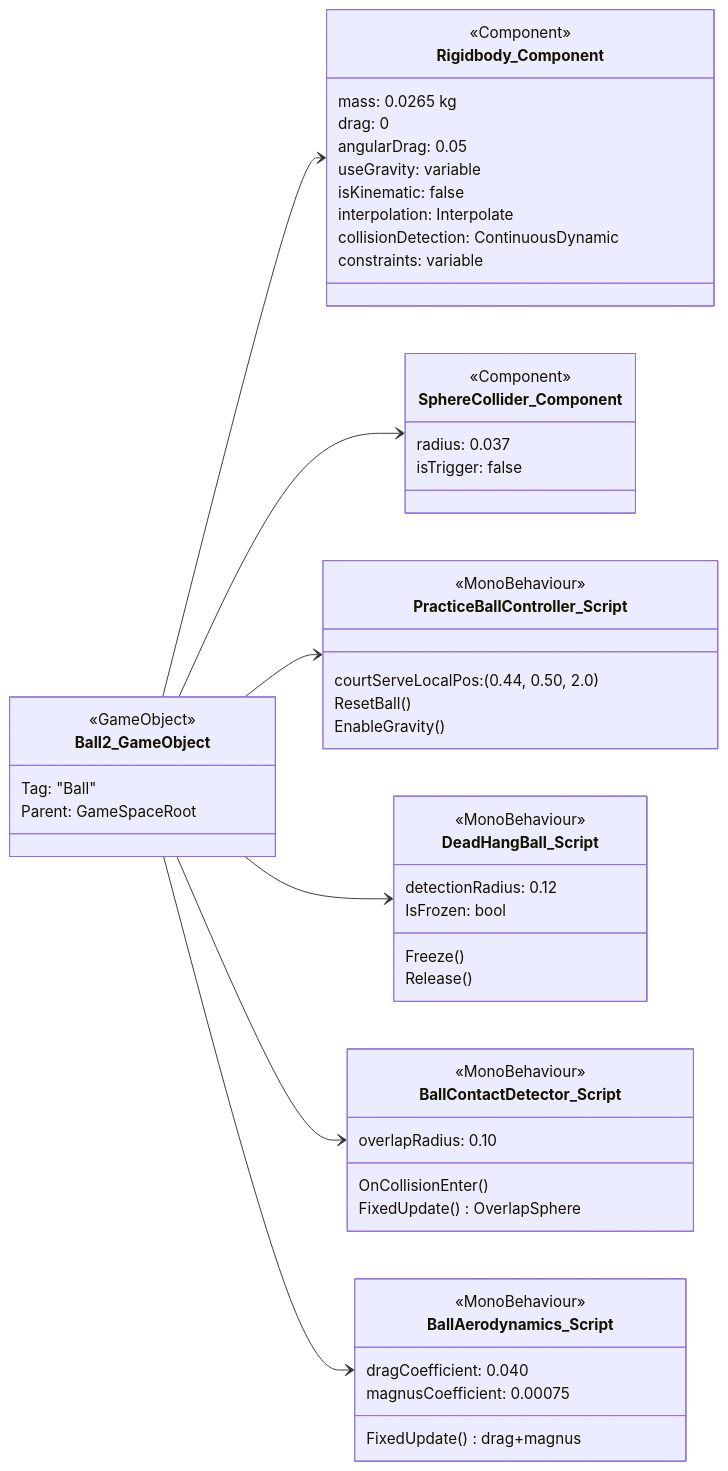
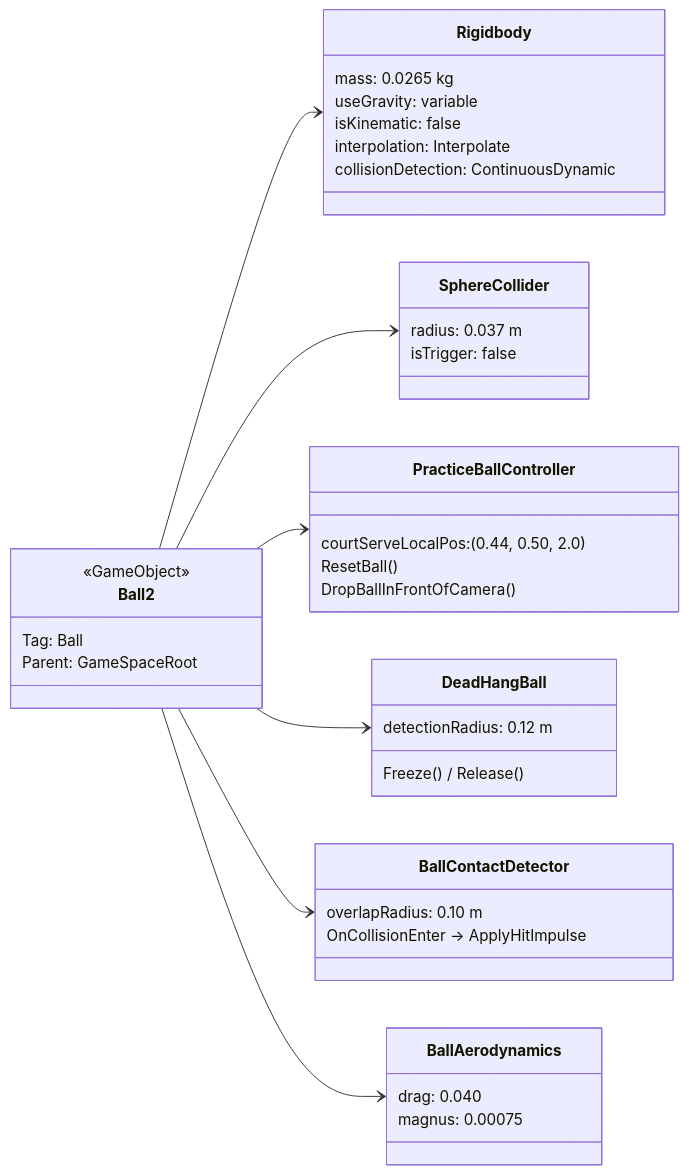
One commit to CG4002-AY2526S2-B03/Capstone_AR_Pickleball_Gameplay changed the seventh of 10 diagrams in Docs/UML_Diagrams.md. Above: the diagram before and after it, drawn with Mermaid. The commit also changed other lines of this file and 29 other files, not shown here.

````diff
--- a/Docs/UML_Diagrams.md
+++ b/Docs/UML_Diagrams.md
@@ -428,64 +389,51 @@
 ```mermaid
 classDiagram
     direction LR
 
-    class Ball2_GameObject {
+    class Ball2 {
         <<GameObject>>
-        Tag: "Ball"
+        Tag: Ball
         Parent: GameSpaceRoot
     }
 
-    class Rigidbody_Component {
-        <<Component>>
+    class Rigidbody {
         mass: 0.0265 kg
-        drag: 0
-        angularDrag: 0.05
         useGravity: variable
         isKinematic: false
         interpolation: Interpolate
         collisionDetection: ContinuousDynamic
-        constraints: variable
     }
 
-    class SphereCollider_Component {
-        <<Component>>
-        radius: 0.037
+    class SphereCollider {
+        radius: 0.037 m
         isTrigger: false
     }
 
-    class PracticeBallController_Script {
-        <<MonoBehaviour>>
+    class PracticeBallController {
         courtServeLocalPos: (0.44, 0.50, 2.0)
         ResetBall()
-        EnableGravity()
+        DropBallInFrontOfCamera()
     }
 
-    class DeadHangBall_Script {
-        <<MonoBehaviour>>
-        detectionRadius: 0.12
-        IsFrozen: bool
-        Freeze()
-        Release()
+    class DeadHangBall {
+        detectionRadius: 0.12 m
+        Freeze() / Release()
     }
 
-    class BallContactDetector_Script {
-        <<MonoBehaviour>>
-        overlapRadius: 0.10
-        OnCollisionEnter()
-        FixedUpdate() OverlapSphere
+    class BallContactDetector {
+        overlapRadius: 0.10 m
+        OnCollisionEnter → ApplyHitImpulse
     }
 
-    class BallAerodynamics_Script {
-        <<MonoBehaviour>>
-        dragCoefficient: 0.040
-        magnusCoefficient: 0.00075
-        FixedUpdate() drag+magnus
+    class BallAerodynamics {
+        drag: 0.040
+        magnus: 0.00075
     }
 
-    Ball2_GameObject --> Rigidbody_Component
-    Ball2_GameObject --> SphereCollider_Component
-    Ball2_GameObject --> PracticeBallController_Script
-    Ball2_GameObject --> DeadHangBall_Script
-    Ball2_GameObject --> BallContactDetector_Script
-    Ball2_GameObject --> BallAerodynamics_Script
+    Ball2 --> Rigidbody
+    Ball2 --> SphereCollider
+    Ball2 --> PracticeBallController
+    Ball2 --> DeadHangBall
+    Ball2 --> BallContactDetector
+    Ball2 --> BallAerodynamics
 ```
````
